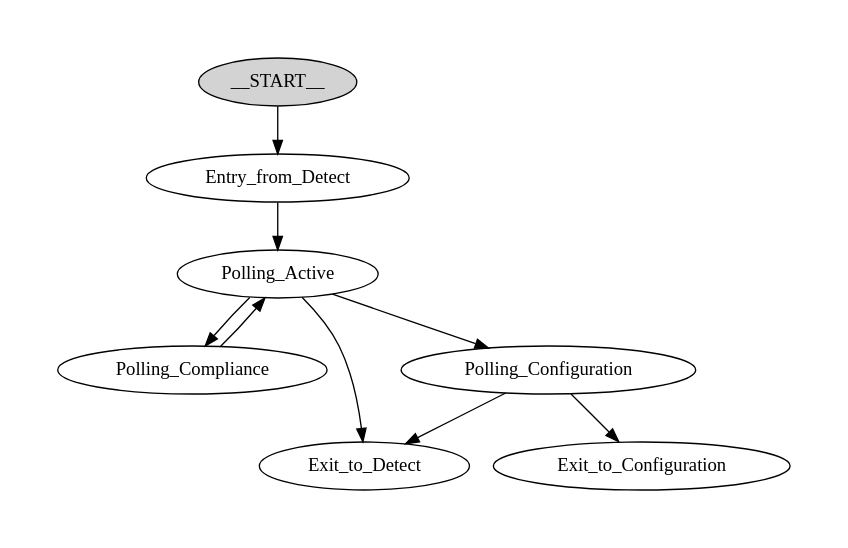
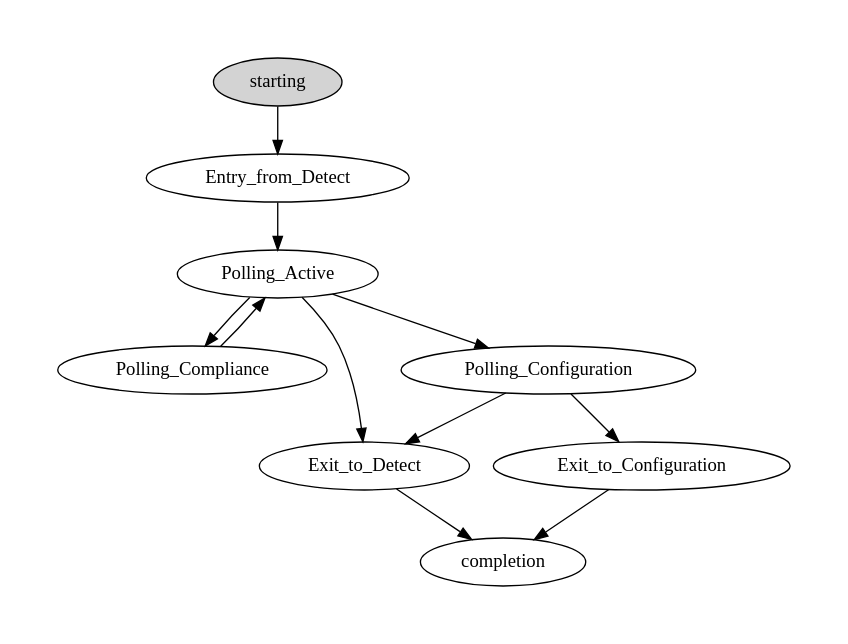
Before and after one commit to stepannotuser/ugrasp_mode: the diagram in examples/pcie_link_training/pcie_link_polling_pkg/src/sv/pcie_link_polling_graphviz.dot, drawn with Graphviz. The commit also changed 33 other files, not shown here.

Commit message:
Adding starting and completion nodes and Regenerate examples

```diff
--- a/examples/pcie_link_training/pcie_link_polling_pkg/src/sv/pcie_link_polling_graphviz.dot
+++ b/examples/pcie_link_training/pcie_link_polling_pkg/src/sv/pcie_link_polling_graphviz.dot
@@ -1,16 +1,18 @@
 // SVGraph pcie_link_polling
 // File    pcie_link_polling_graphviz.dot
 
 
 digraph pcie_link_polling {
   pad="0.5"
-  __START__ [fillcolor=lightgrey style=filled]
+  starting [fillcolor=lightgrey style=filled]
   Entry_from_Detect -> Polling_Active;
   Polling_Active -> Polling_Compliance;
   Polling_Active -> Polling_Configuration;
   Polling_Active -> Exit_to_Detect;
   Polling_Compliance -> Polling_Active;
   Polling_Configuration -> Exit_to_Detect;
   Polling_Configuration -> Exit_to_Configuration;
-  __START__ -> Entry_from_Detect;
+  Exit_to_Detect -> completion;
+  Exit_to_Configuration -> completion;
+  starting -> Entry_from_Detect;
 }
```
